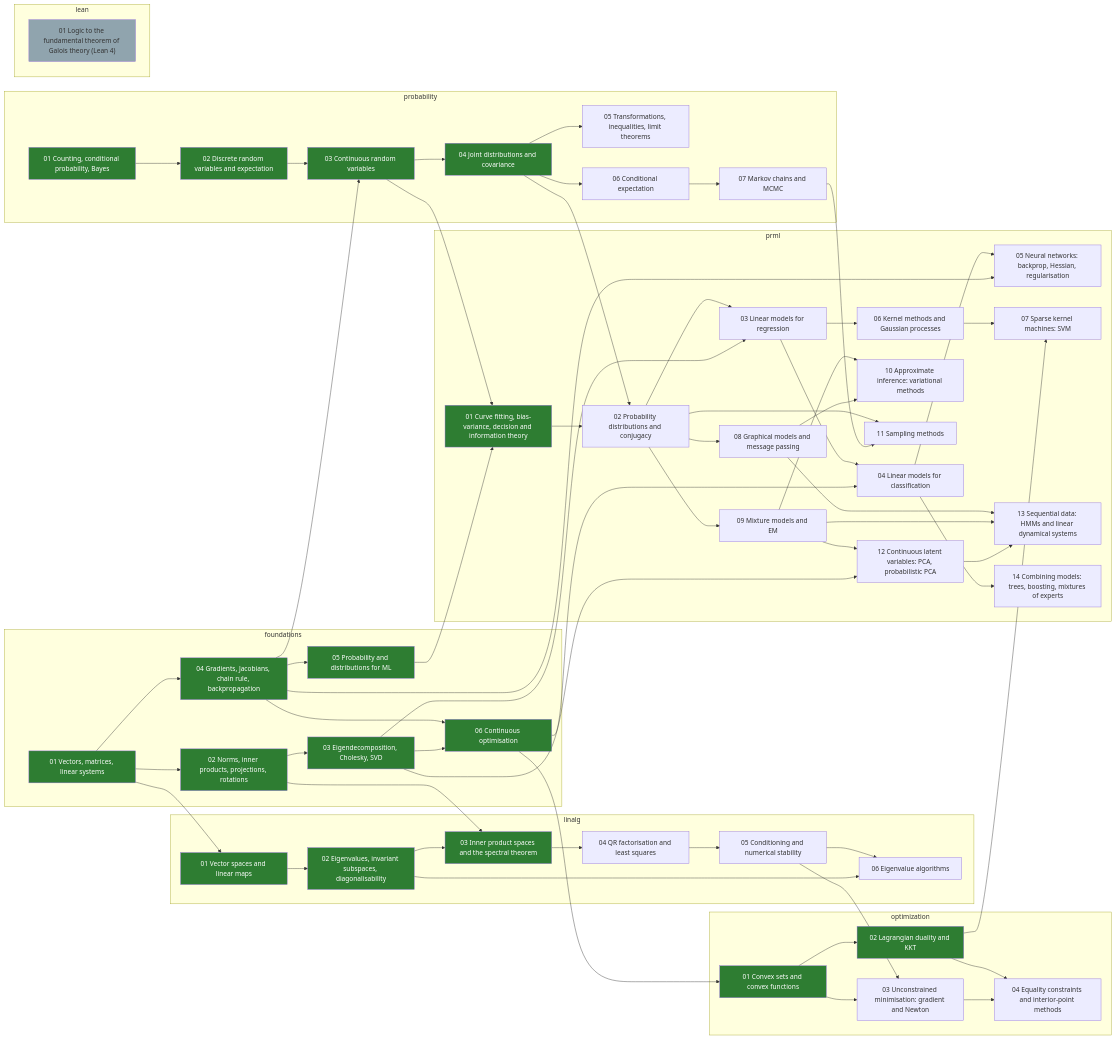
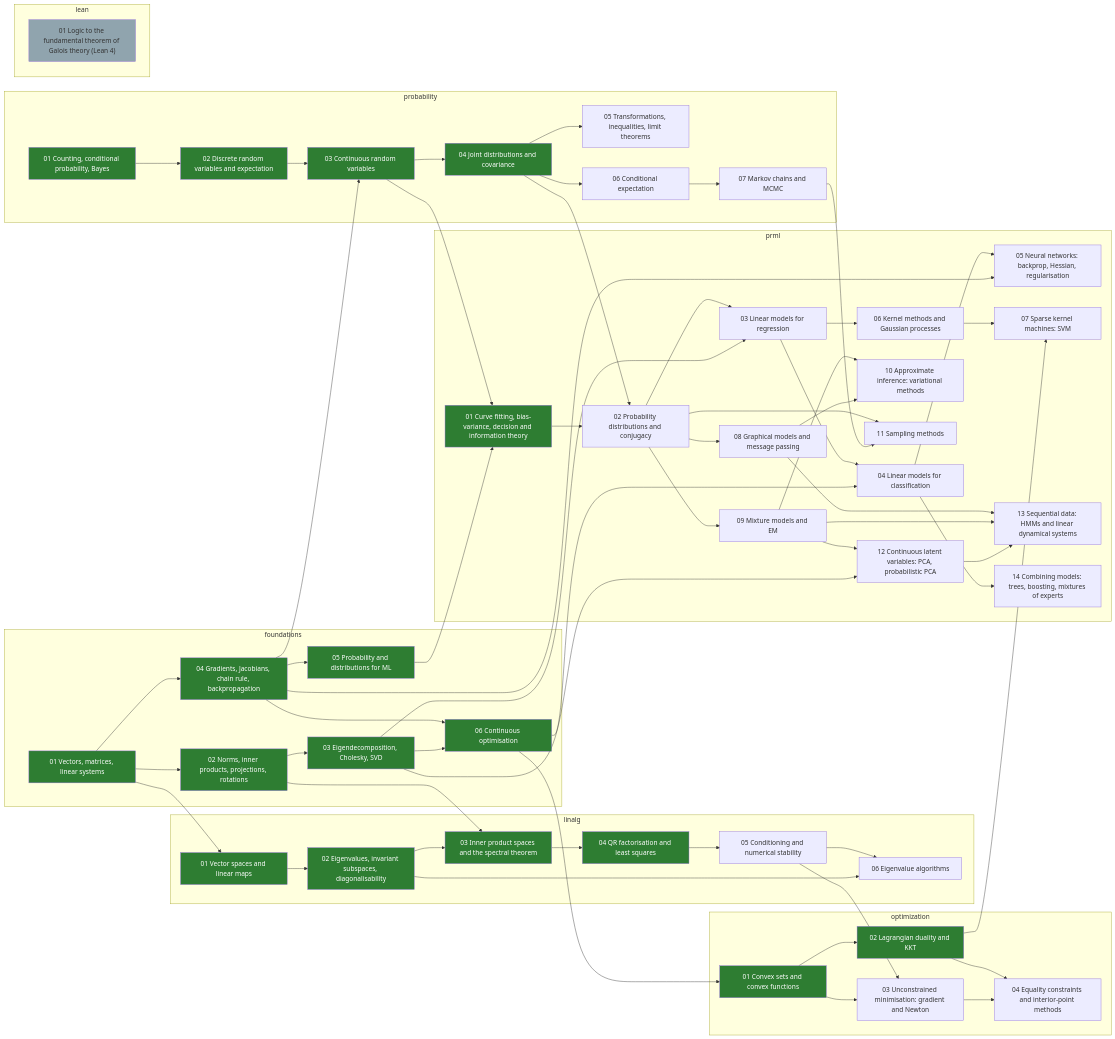
The diagram in skill-tree/README.md (alektebel/learn-stuff-from-scratch), drawn with Mermaid before and after one commit. The commit also changed other lines of this file and 8 other files, not shown here.

First line of the commit message:
math: build linalg-04-qr-least-squares

```diff
--- a/skill-tree/README.md
+++ b/skill-tree/README.md
@@ -81,7 +81,7 @@
     linalg-01-vector-spaces["01 Vector spaces and linear maps"]:::done
     linalg-02-eigenvalues["02 Eigenvalues, invariant subspaces, diagonalisability"]:::done
     linalg-03-spectral-theorem["03 Inner product spaces and the spectral theorem"]:::done
-    linalg-04-qr-least-squares["04 QR factorisation and least squares"]
+    linalg-04-qr-least-squares["04 QR factorisation and least squares"]:::done
     linalg-05-conditioning-stability["05 Conditioning and numerical stability"]
     linalg-06-eigenvalue-algorithms["06 Eigenvalue algorithms"]
   end
```
